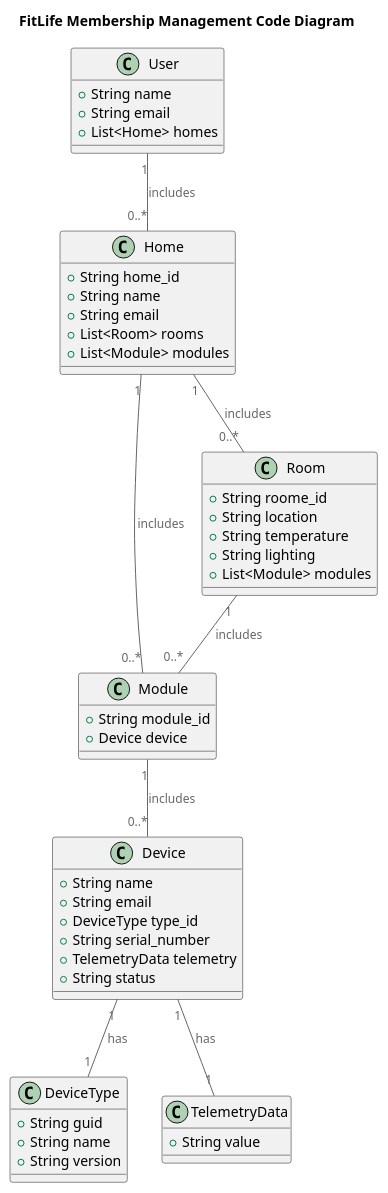
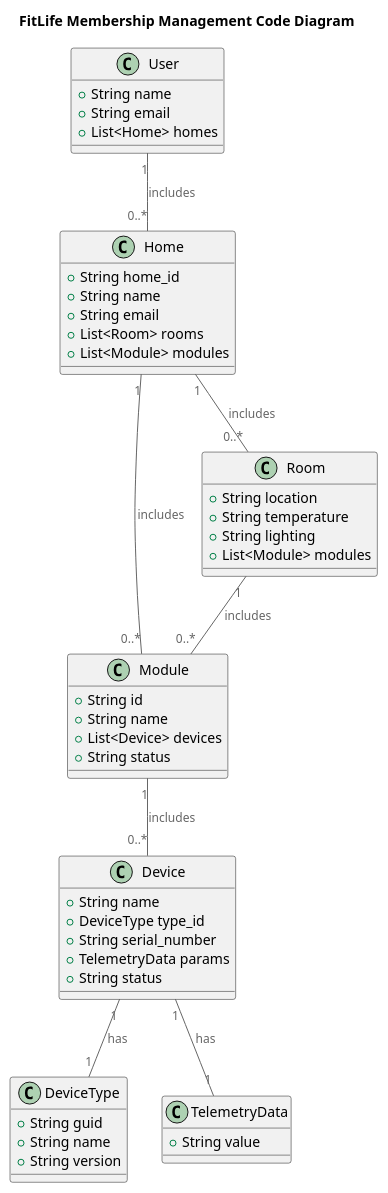
One commit to PuryginKE/architecture-warmhouse changed the diagram in diagrams/er/Code-er.puml. Above: the diagram before and after it, drawn with PlantUML. The commit also changed 8 other files, not shown here.

```diff
--- a/diagrams/er/Code-er.puml
+++ b/diagrams/er/Code-er.puml
@@ -1,62 +1,62 @@
 @startuml
 title FitLife Membership Management Code Diagram
 
 top to bottom direction
 
 !includeurl https://raw.githubusercontent.com/RicardoNiepel/C4-PlantUML/master/C4_Component.puml
 
 class User {
   +String name
   +String email
   +List<Home> homes
 }
 
 class Home {
   +String home_id
   +String name
   +String email
   +List<Room> rooms
   +List<Module> modules
 }
 
 class Device {
   +String name
-  +String email
   +DeviceType type_id
   +String serial_number
-  +TelemetryData telemetry
+  +TelemetryData params
   +String status
 }
 
 class DeviceType {
   +String guid
   +String name
   +String version
 }
 
 class Module {
-  +String module_id
-  +Device device
+  +String id
+  +String name
+  +List<Device> devices
+  +String status
 }
 
 class TelemetryData {
  +String value
 }
 
 class Room {
-  +String roome_id
   +String location
   +String temperature
   +String lighting
   +List<Module> modules
 }
 
 User "1" -- "0..*" Home : includes
 Home "1" -- "0..*" Room : includes
 Home "1" -- "0..*" Module : includes
 Room "1" -- "0..*" Module : includes
 Module "1" -- "0..*" Device : includes
 Device "1" -- "1" DeviceType : has
 Device "1" -- "1" TelemetryData : has
 
 @enduml
```
